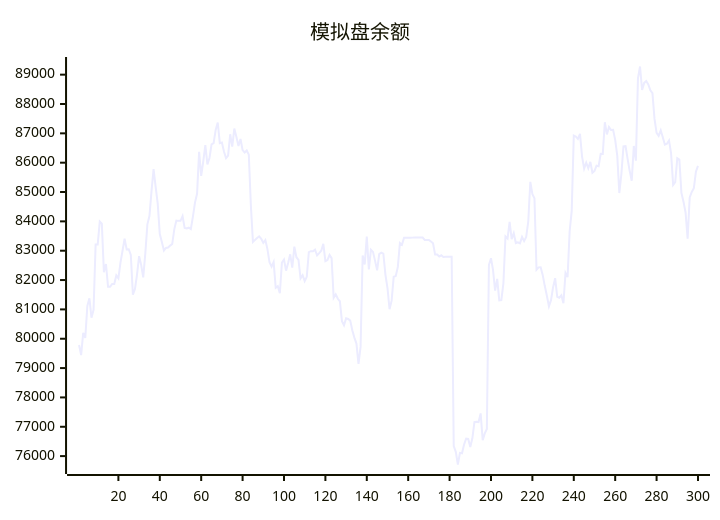
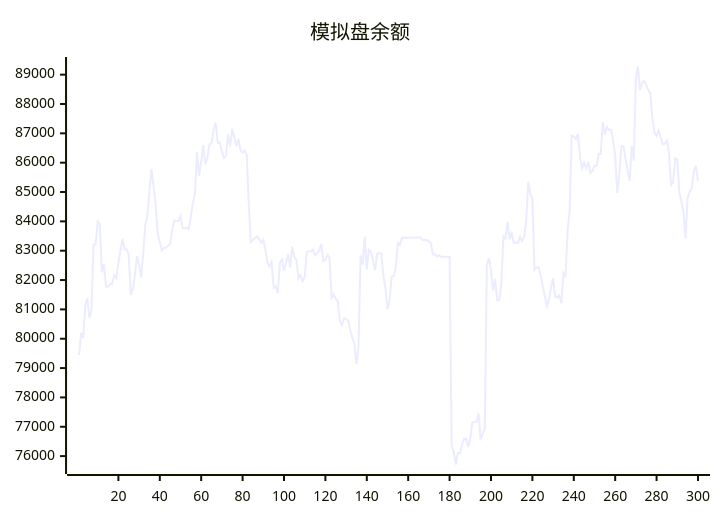
The diagram in README.md (aahl/ai-trading), drawn with Mermaid before and after one commit. The commit also changed other lines of this file and 1 other file, not shown here.

````diff
--- a/README.md
+++ b/README.md
@@ -5,5 +5,5 @@
 ```mermaid
 xychart
     title "模拟盘余额"
-    line [79787,79442,80198,80031,81120,81379,80718,80985,83214,83212,83993,83921,82270,82547,81776,81776,81866,81866,82158,82061,82596,83000,83408,83041,83050,82858,81503,81691,82188,82812,82517,82092,82901,83898,84180,85030,85781,85178,84604,83569,83298,83008,83093,83107,83175,83228,83729,84025,84017,84019,84177,83775,83762,83785,83738,84160,84639,84939,86370,85548,86046,86599,85942,86161,86622,86664,87115,87369,86666,86685,86384,86152,86243,86969,86548,87164,86885,86566,86809,86427,86348,86417,86273,84538,83299,83369,83430,83490,83404,83270,83362,83056,82605,82459,82614,81734,81788,81551,82598,82702,82320,82580,82878,82426,83139,82778,82686,82056,82166,81963,82110,82951,82983,82984,83038,82838,82915,82998,83235,82642,82682,82858,82746,81396,81512,81362,81277,80600,80461,80699,80673,80616,80288,80038,79836,79142,79722,82837,82533,83480,82366,83032,82960,82654,82330,82883,82934,82901,82188,81728,81005,81298,82110,82135,82449,83264,83203,83440,83439,83440,83440,83446,83447,83448,83447,83448,83449,83369,83369,83369,83313,83256,82872,82873,82801,82844,82785,82791,82791,82793,82794,76339,76145,75714,76110,76096,76397,76594,76585,76310,76607,77160,77170,77160,77456,76541,76774,76927,82520,82744,82337,81639,82040,81307,81314,81887,83490,83414,83984,83396,83594,83261,83287,83253,83470,83327,83465,83987,85348,84930,84786,82355,82433,82438,82167,81795,81466,81105,81315,81756,82064,81426,81398,81481,81210,82242,82099,83658,84359,86925,86892,86814,86980,86203,85802,86003,85811,86028,85657,85721,85896,85880,86300,86299,87378,86965,87214,87115,87118,86780,86238,84966,85623,86555,86562,86129,85722,85387,86569,86070,88870,89278,88477,88720,88781,88668,88467,88372,87493,87018,86917,87102,86870,86613,86644,86758,86317,85242,85334,86149,86106,84968,84671,84302,83410,84816,85001,85127,85693,85891]
+    line [79442,80198,80031,81120,81379,80718,80985,83214,83212,83993,83921,82270,82547,81776,81776,81866,81866,82158,82061,82596,83000,83408,83041,83050,82858,81503,81691,82188,82812,82517,82092,82901,83898,84180,85030,85781,85178,84604,83569,83298,83008,83093,83107,83175,83228,83729,84025,84017,84019,84177,83775,83762,83785,83738,84160,84639,84939,86370,85548,86046,86599,85942,86161,86622,86664,87115,87369,86666,86685,86384,86152,86243,86969,86548,87164,86885,86566,86809,86427,86348,86417,86273,84538,83299,83369,83430,83490,83404,83270,83362,83056,82605,82459,82614,81734,81788,81551,82598,82702,82320,82580,82878,82426,83139,82778,82686,82056,82166,81963,82110,82951,82983,82984,83038,82838,82915,82998,83235,82642,82682,82858,82746,81396,81512,81362,81277,80600,80461,80699,80673,80616,80288,80038,79836,79142,79722,82837,82533,83480,82366,83032,82960,82654,82330,82883,82934,82901,82188,81728,81005,81298,82110,82135,82449,83264,83203,83440,83439,83440,83440,83446,83447,83448,83447,83448,83449,83369,83369,83369,83313,83256,82872,82873,82801,82844,82785,82791,82791,82793,82794,76339,76145,75714,76110,76096,76397,76594,76585,76310,76607,77160,77170,77160,77456,76541,76774,76927,82520,82744,82337,81639,82040,81307,81314,81887,83490,83414,83984,83396,83594,83261,83287,83253,83470,83327,83465,83987,85348,84930,84786,82355,82433,82438,82167,81795,81466,81105,81315,81756,82064,81426,81398,81481,81210,82242,82099,83658,84359,86925,86892,86814,86980,86203,85802,86003,85811,86028,85657,85721,85896,85880,86300,86299,87378,86965,87214,87115,87118,86780,86238,84966,85623,86555,86562,86129,85722,85387,86569,86070,88870,89278,88477,88720,88781,88668,88467,88372,87493,87018,86917,87102,86870,86613,86644,86758,86317,85242,85334,86149,86106,84968,84671,84302,83410,84816,85001,85127,85693,85891,85384]
 ```
````
